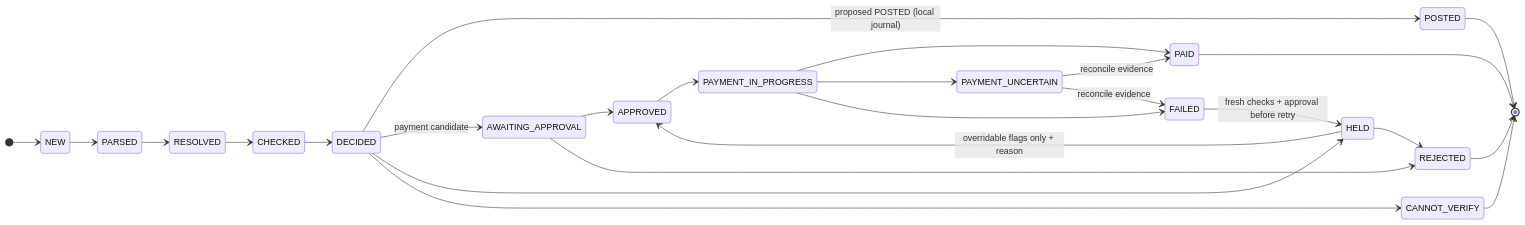
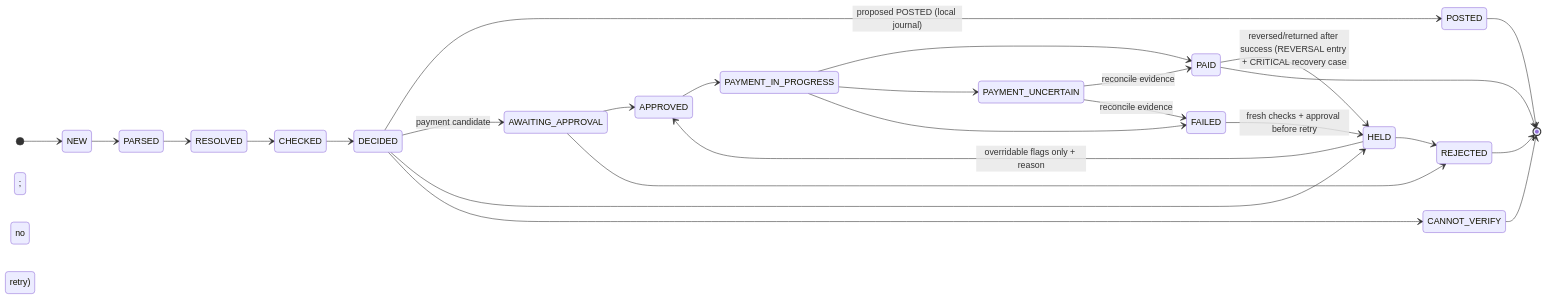
The fifth of 9 diagrams in docs/ARCHITECTURE.md (cypher-daemon/ContextCon_Hackathon), drawn with Mermaid before and after one commit. The commit also changed other lines of this file and 8 other files, not shown here.

First line of the commit message:
docs: plan v4.4 (frozen) - reversal after success, SC-13 blocker

````diff
--- a/docs/ARCHITECTURE.md
+++ b/docs/ARCHITECTURE.md
@@ -210,28 +210,29 @@
 ```mermaid
 stateDiagram-v2
   direction LR
   [*] --> NEW
   NEW --> PARSED
   PARSED --> RESOLVED
   RESOLVED --> CHECKED
   CHECKED --> DECIDED
   DECIDED --> POSTED: proposed POSTED (local journal)
   DECIDED --> AWAITING_APPROVAL: payment candidate
   DECIDED --> HELD
   DECIDED --> CANNOT_VERIFY
   AWAITING_APPROVAL --> APPROVED
   AWAITING_APPROVAL --> REJECTED
   HELD --> APPROVED: overridable flags only + reason
   HELD --> REJECTED
   APPROVED --> PAYMENT_IN_PROGRESS
   PAYMENT_IN_PROGRESS --> PAID
   PAYMENT_IN_PROGRESS --> PAYMENT_UNCERTAIN
   PAYMENT_IN_PROGRESS --> FAILED
   PAYMENT_UNCERTAIN --> PAID: reconcile evidence
   PAYMENT_UNCERTAIN --> FAILED: reconcile evidence
   FAILED --> HELD: fresh checks + approval before retry
   POSTED --> [*]
+  PAID --> HELD: reversed/returned after success (REVERSAL entry + CRITICAL recovery case; no retry)
   PAID --> [*]
   REJECTED --> [*]
   CANNOT_VERIFY --> [*]
 ```
````
